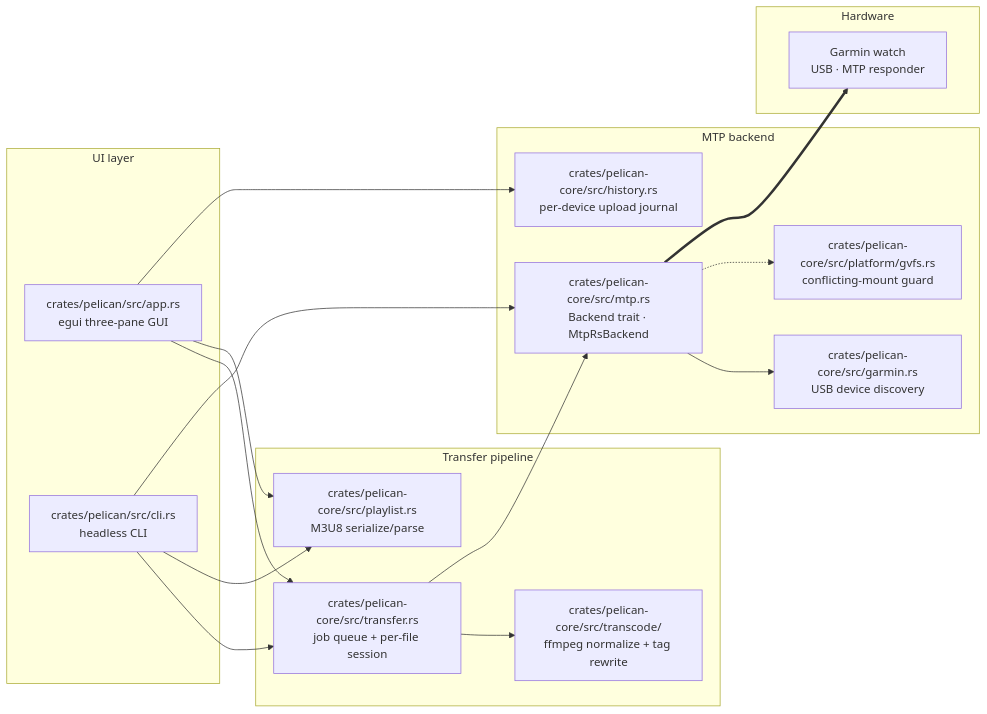
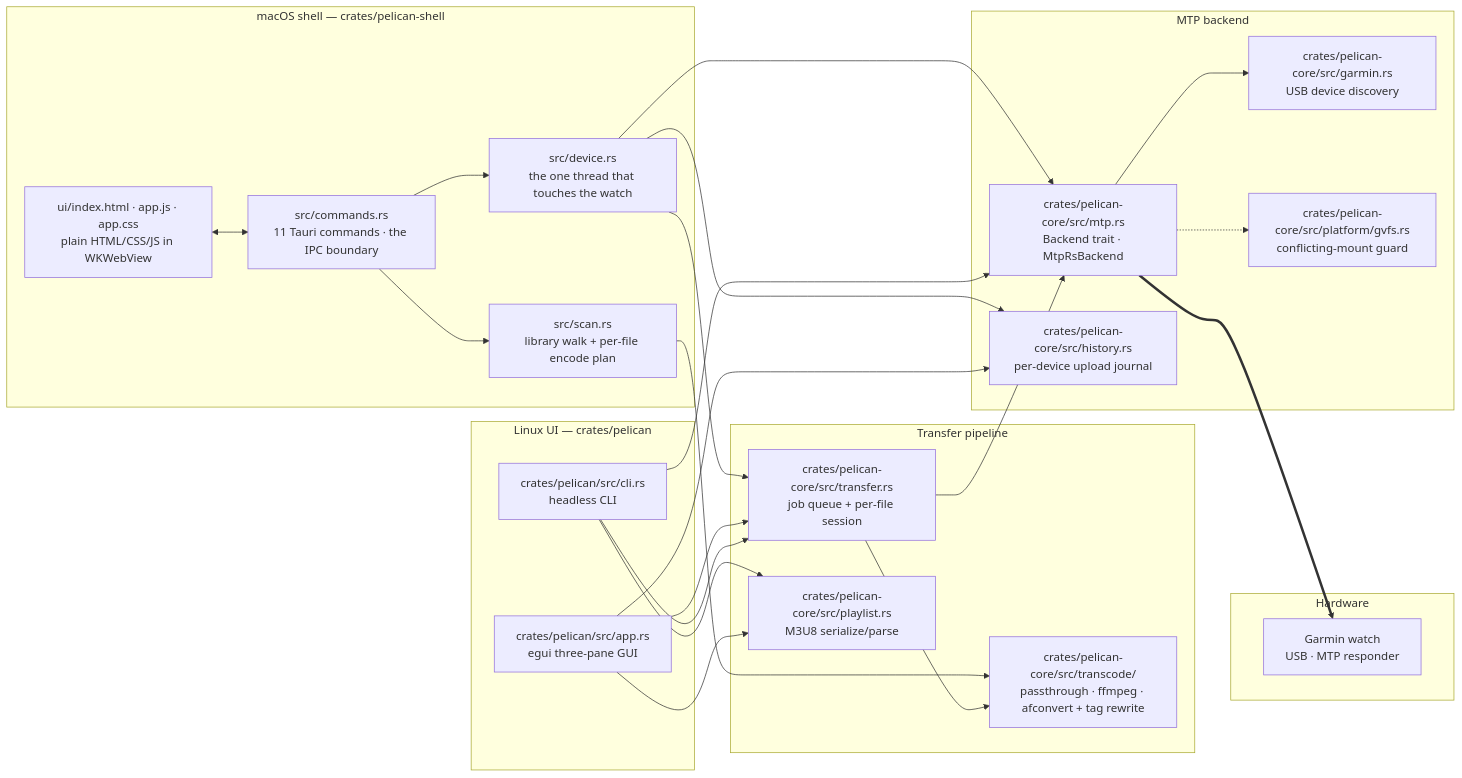
Before and after one commit to n0ble-s1x/pelican: the diagram in README.md, drawn with Mermaid. The commit also changed other lines of this file and 37 other files, not shown here.

````diff
--- a/README.md
+++ b/README.md
@@ -185,47 +287,65 @@
 ```mermaid
 flowchart LR
 
-  subgraph ui["UI layer"]
+  subgraph shell["macOS shell — crates/pelican-shell"]
+    front["ui/index.html · app.js · app.css<br/>plain HTML/CSS/JS in WKWebView"]
+    cmds["src/commands.rs<br/>11 Tauri commands · the IPC boundary"]
+    devth["src/device.rs<br/>the one thread that touches the watch"]
+    scan["src/scan.rs<br/>library walk + per-file encode plan"]
+  end
+
+  subgraph ui["Linux UI — crates/pelican"]
     gui["crates/pelican/src/app.rs<br/>egui three-pane GUI"]
     cli["crates/pelican/src/cli.rs<br/>headless CLI"]
   end
 
   subgraph pipeline["Transfer pipeline"]
     transfer["crates/pelican-core/src/transfer.rs<br/>job queue + per-file session"]
-    transcode["crates/pelican-core/src/transcode/<br/>ffmpeg normalize + tag rewrite"]
+    transcode["crates/pelican-core/src/transcode/<br/>passthrough · ffmpeg · afconvert + tag rewrite"]
     playlist["crates/pelican-core/src/playlist.rs<br/>M3U8 serialize/parse"]
   end
 
   subgraph backend["MTP backend"]
     mtp["crates/pelican-core/src/mtp.rs<br/>Backend trait · MtpRsBackend"]
     garmin["crates/pelican-core/src/garmin.rs<br/>USB device discovery"]
     gvfs["crates/pelican-core/src/platform/gvfs.rs<br/>conflicting-mount guard"]
     history["crates/pelican-core/src/history.rs<br/>per-device upload journal"]
   end
 
   subgraph hw["Hardware"]
     watch["Garmin watch<br/>USB · MTP responder"]
   end
 
+  front <--> cmds
+  cmds --> devth
+  cmds --> scan
+  devth --> transfer
+  devth --> mtp
+  devth --> history
+  scan --> transcode
   gui --> transfer
   cli --> transfer
   transfer --> transcode
   transfer --> mtp
   cli --> playlist
   cli --> mtp
   gui --> playlist
   gui --> history
   mtp --> garmin
   mtp -.-> gvfs
   mtp ==> watch
 
+  click front "ui/app.js"
+  click cmds "crates/pelican-shell/src/commands.rs"
+  click devth "crates/pelican-shell/src/device.rs"
+  click scan "crates/pelican-shell/src/scan.rs"
   click gui "crates/pelican/src/app.rs"
   click cli "crates/pelican/src/cli.rs"
   click transfer "crates/pelican-core/src/transfer.rs"
   click transcode "crates/pelican-core/src/transcode/"
   click playlist "crates/pelican-core/src/playlist.rs"
   click mtp "crates/pelican-core/src/mtp.rs"
   click garmin "crates/pelican-core/src/garmin.rs"
   click gvfs "crates/pelican-core/src/platform/gvfs.rs"
   click history "crates/pelican-core/src/history.rs"
 ```
````
